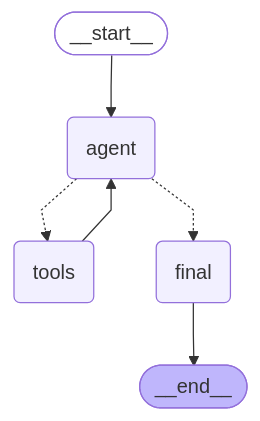
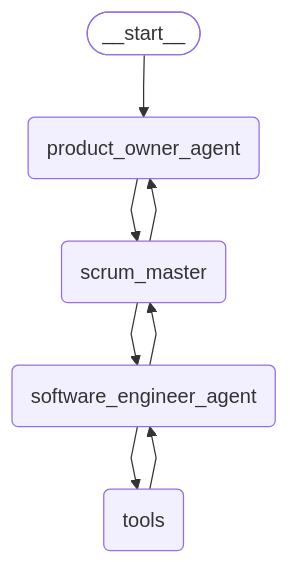
One commit to kwame-mintah/python-chainlit-multi-agents-playground changed the diagram in README.md. Above: the diagram before and after it, drawn with Mermaid. The commit also changed other lines of this file, not shown here.

Commit message:
docs(readme): change langgraph mermaid to reflect current state
updated with auto generated graph

````diff
--- a/README.md
+++ b/README.md
@@ -13,21 +15,23 @@
 ```mermaid
 ---
 config:
   flowchart:
     curve: linear
 ---
 graph TD;
         __start__([<p>__start__</p>]):::first
-        agent(agent)
+        product_owner_agent(product_owner_agent)
+        scrum_master(scrum_master)
+        software_engineer_agent(software_engineer_agent)
         tools(tools)
-        final(final)
-        __end__([<p>__end__</p>]):::last
-        __start__ --> agent;
-        agent -.-> final;
-        agent -.-> tools;
-        tools --> agent;
-        final --> __end__;
+        __start__ --> product_owner_agent;
+        product_owner_agent --> scrum_master;
+        scrum_master --> product_owner_agent;
+        scrum_master --> software_engineer_agent;
+        software_engineer_agent --> scrum_master;
+        software_engineer_agent --> tools;
+        tools --> software_engineer_agent;
         classDef default fill:#f2f0ff,line-height:1.2
         classDef first fill-opacity:0
         classDef last fill:#bfb6fc
 ```
````
